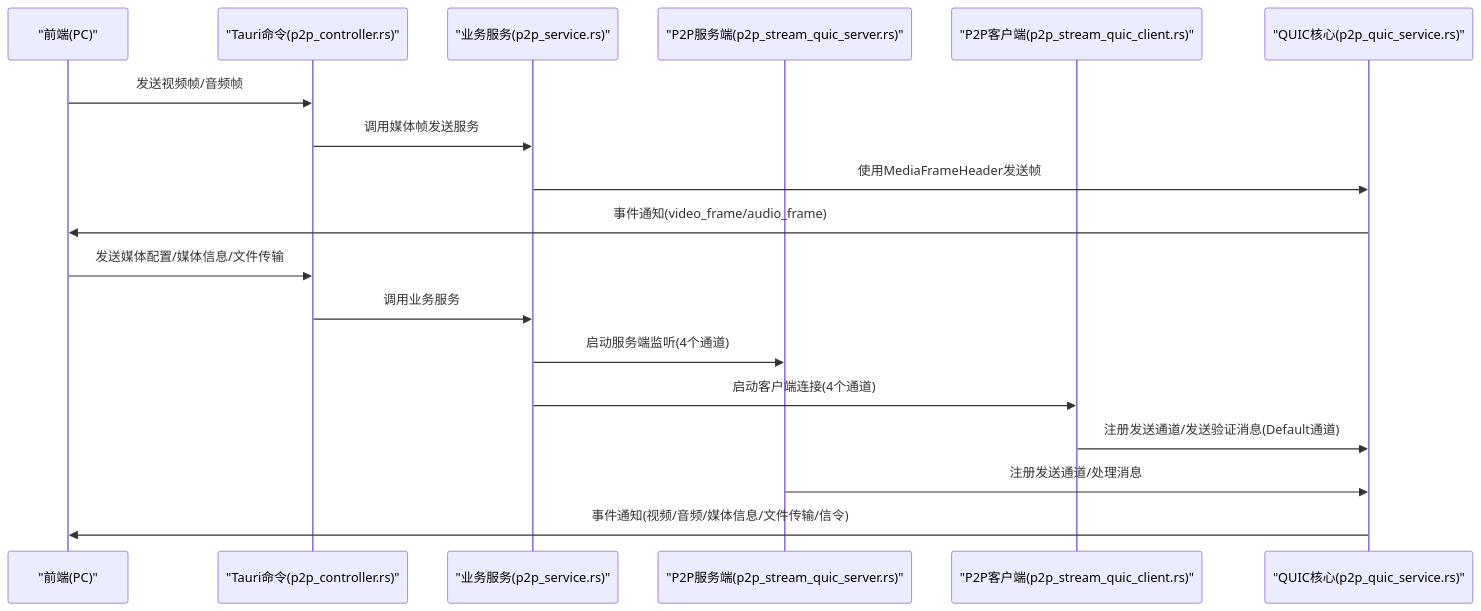
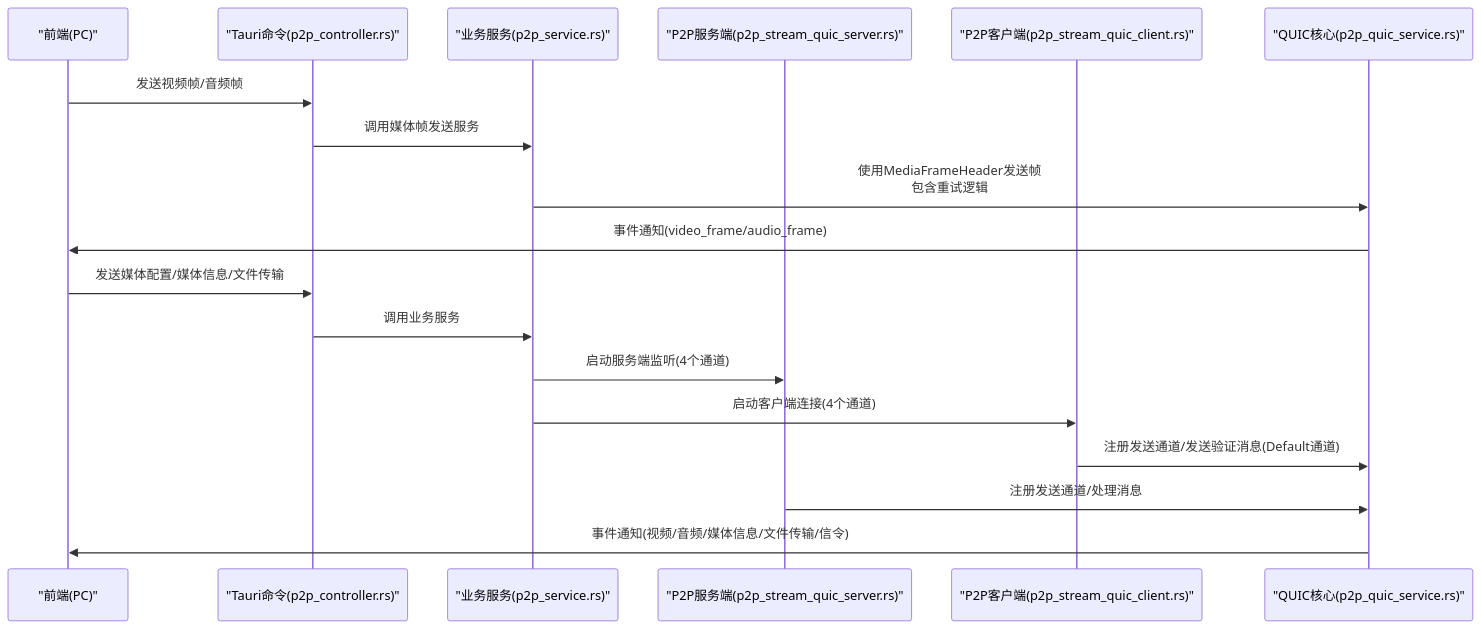
Before and after one commit to nicolastinger/only-talk-app: the second of 18 diagrams in .qoder/repowiki/zh/content/后端服务/P2P服务.md, drawn with Mermaid. The commit also changed other lines of this file and 17 other files, not shown here.

````diff
--- a/.qoder/repowiki/zh/content/后端服务/P2P服务.md
+++ b/.qoder/repowiki/zh/content/后端服务/P2P服务.md
@@ -166,20 +178,20 @@
 ```mermaid
 sequenceDiagram
 participant FE as "前端(PC)"
 participant CMD as "Tauri命令(p2p_controller.rs)"
 participant SVC as "业务服务(p2p_service.rs)"
 participant SRV as "P2P服务端(p2p_stream_quic_server.rs)"
 participant CLI as "P2P客户端(p2p_stream_quic_client.rs)"
 participant CORE as "QUIC核心(p2p_quic_service.rs)"
 FE->>CMD : 发送视频帧/音频帧
 CMD->>SVC : 调用媒体帧发送服务
-SVC->>CORE : 使用MediaFrameHeader发送帧
+SVC->>CORE : 使用MediaFrameHeader发送帧<br/>包含重试逻辑
 CORE->>FE : 事件通知(video_frame/audio_frame)
 FE->>CMD : 发送媒体配置/媒体信息/文件传输
 CMD->>SVC : 调用业务服务
 SVC->>SRV : 启动服务端监听(4个通道)
 SVC->>CLI : 启动客户端连接(4个通道)
 CLI->>CORE : 注册发送通道/发送验证消息(Default通道)
 SRV->>CORE : 注册发送通道/处理消息
 CORE->>FE : 事件通知(视频/音频/媒体信息/文件传输/信令)
 ```
````
